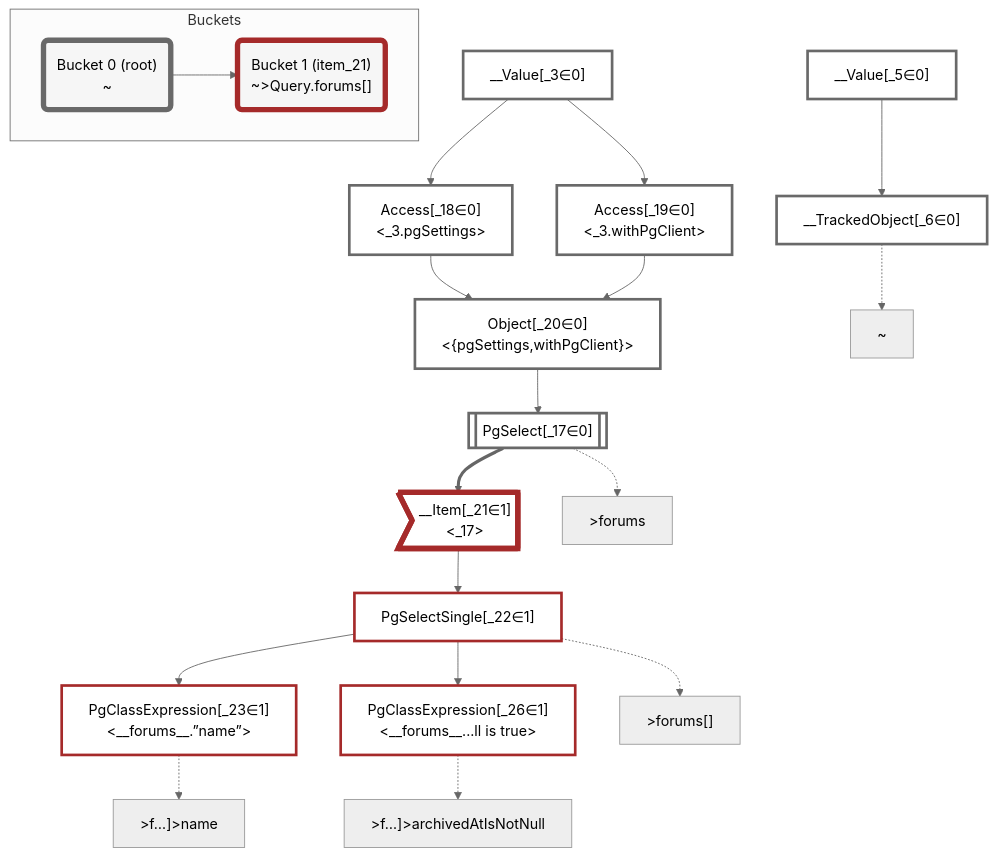
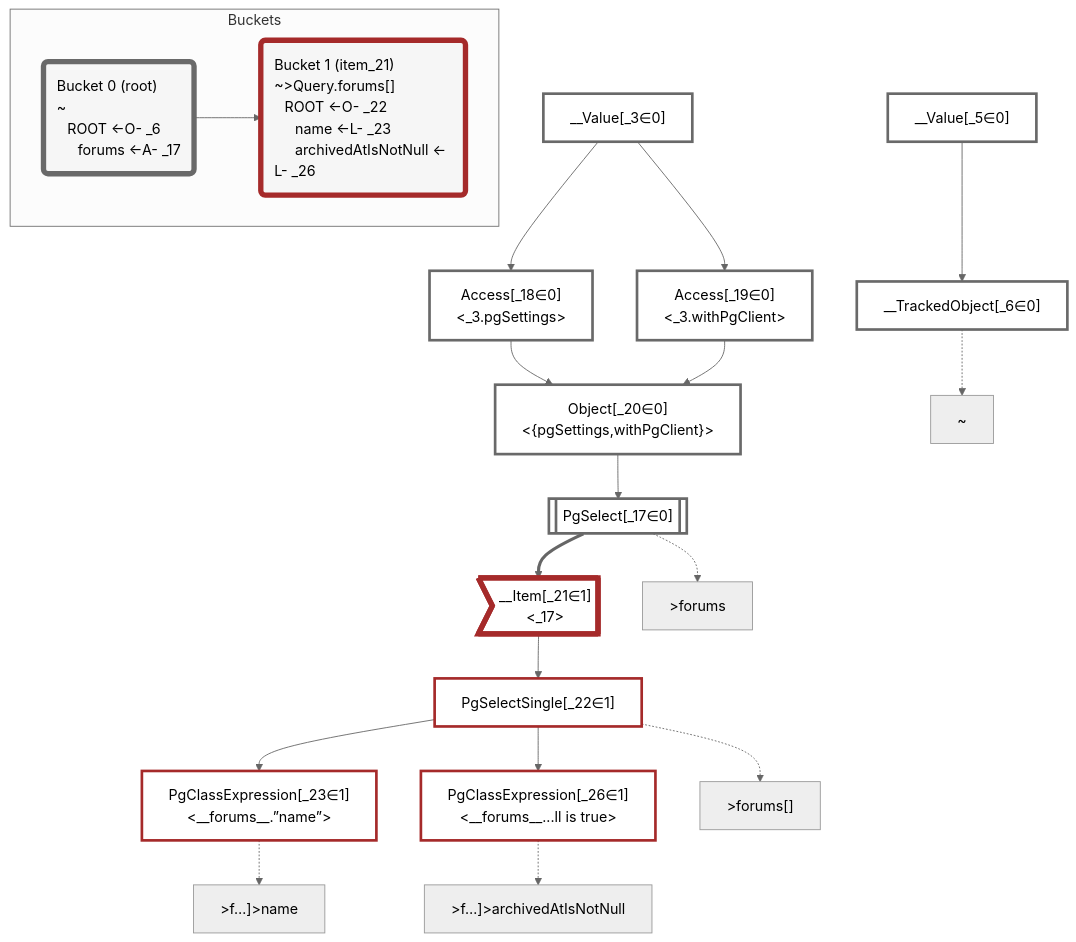
Before and after one commit to graphile/crystal: the diagram in packages/dataplan-pg/__tests__/queries/super-simple/expression-plan.deopt.mermaid.md, drawn with Mermaid (neutral theme). The commit also changed 195 other files, not shown here.

````diff
--- a/packages/dataplan-pg/__tests__/queries/super-simple/expression-plan.deopt.mermaid.md
+++ b/packages/dataplan-pg/__tests__/queries/super-simple/expression-plan.deopt.mermaid.md
@@ -1,60 +1,60 @@
 ```mermaid
 graph TD
     classDef path fill:#eee,stroke:#000,color:#000
     classDef plan fill:#fff,stroke-width:3px,color:#000
     classDef itemplan fill:#fff,stroke-width:6px,color:#000
     classDef sideeffectplan fill:#f00,stroke-width:6px,color:#000
-    classDef bucket fill:#f6f6f6,color:#000,stroke-width:6px
+    classDef bucket fill:#f6f6f6,color:#000,stroke-width:6px,text-align:left
 
 
     %% define plans
     __Value_3["__Value[_3∈0]<br /><context>"]:::plan
     __Value_5["__Value[_5∈0]<br /><rootValue>"]:::plan
     __TrackedObject_6["__TrackedObject[_6∈0]"]:::plan
     PgSelect_17[["PgSelect[_17∈0]<br /><forums>"]]:::plan
     Access_18["Access[_18∈0]<br /><_3.pgSettings>"]:::plan
     Access_19["Access[_19∈0]<br /><_3.withPgClient>"]:::plan
     Object_20["Object[_20∈0]<br /><{pgSettings,withPgClient}>"]:::plan
     __Item_21>"__Item[_21∈1]<br /><_17>"]:::itemplan
     PgSelectSingle_22["PgSelectSingle[_22∈1]<br /><forums>"]:::plan
     PgClassExpression_23["PgClassExpression[_23∈1]<br /><__forums__.”name”>"]:::plan
     PgClassExpression_26["PgClassExpression[_26∈1]<br /><__forums__...ll is true>"]:::plan
 
     %% plan dependencies
     __Value_5 --> __TrackedObject_6
     Object_20 --> PgSelect_17
     __Value_3 --> Access_18
     __Value_3 --> Access_19
     Access_18 --> Object_20
     Access_19 --> Object_20
     PgSelect_17 ==> __Item_21
     __Item_21 --> PgSelectSingle_22
     PgSelectSingle_22 --> PgClassExpression_23
     PgSelectSingle_22 --> PgClassExpression_26
 
     %% plan-to-path relationships
     P_6["~"]
     __TrackedObject_6 -.-> P_6
     P_17[">forums"]
     PgSelect_17 -.-> P_17
     P_22[">forums[]"]
     PgSelectSingle_22 -.-> P_22
     P_23[">f…]>name"]
     PgClassExpression_23 -.-> P_23
     P_26[">f…]>archivedAtIsNotNull"]
     PgClassExpression_26 -.-> P_26
 
     %% allocate buckets
     classDef bucket0 stroke:#696969
     class __Value_3,__Value_5,__TrackedObject_6,PgSelect_17,Access_18,Access_19,Object_20 bucket0
     classDef bucket1 stroke:#a52a2a
     class __Item_21,PgSelectSingle_22,PgClassExpression_23,PgClassExpression_26 bucket1
 
     subgraph Buckets
-    Bucket0("Bucket 0 (root)<br />~"):::bucket
+    Bucket0("Bucket 0 (root)<br />~<br />⠀ROOT <-O- _6<br />⠀⠀forums <-A- _17"):::bucket
     style Bucket0 stroke:#696969
-    Bucket1("Bucket 1 (item_21)<br />~>Query.forums[]"):::bucket
+    Bucket1("Bucket 1 (item_21)<br />~>Query.forums[]<br />⠀ROOT <-O- _22<br />⠀⠀name <-L- _23<br />⠀⠀archivedAtIsNotNull <-L- _26"):::bucket
     style Bucket1 stroke:#a52a2a
     Bucket0 --> Bucket1
     end
 ```
````
